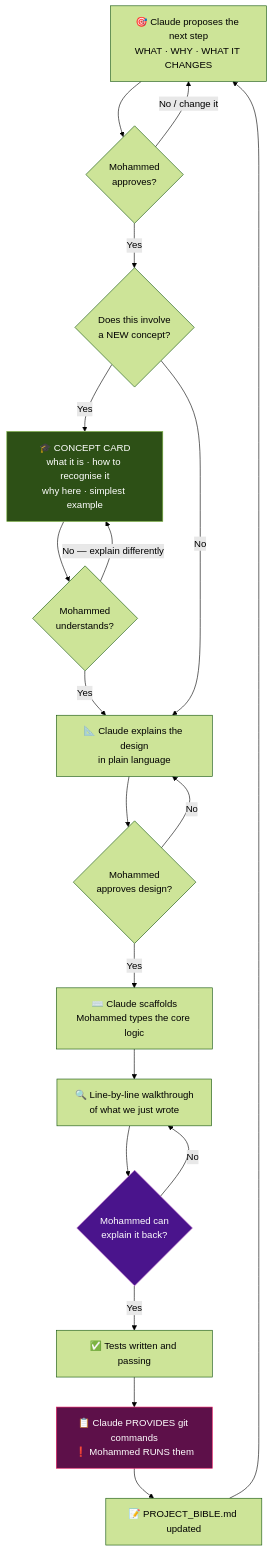
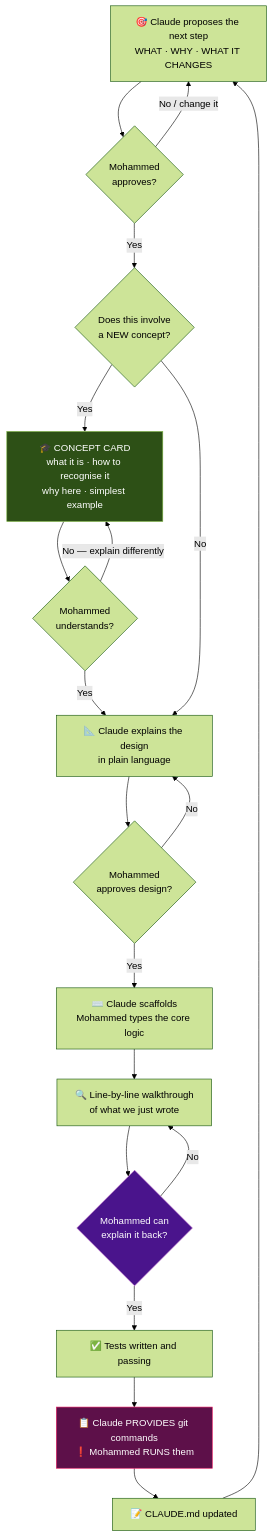
Before and after one commit to Shakarneh/BenchFlow: the first of 13 diagrams in WORKFLOW.md, drawn with Mermaid (forest theme). The commit also changed other lines of this file and 1 other file, not shown here.

Commit message:
Rename project to benchFlow and fix contradictions between the docs

````diff
--- a/WORKFLOW.md
+++ b/WORKFLOW.md
@@ -14,28 +14,28 @@
 ```mermaid
 flowchart TD
     A["🎯 Claude proposes the next step<br/>WHAT · WHY · WHAT IT CHANGES"] --> B{"Mohammed<br/>approves?"}
     B -- "No / change it" --> A
     B -- "Yes" --> C{"Does this involve<br/>a NEW concept?"}
 
     C -- "Yes" --> D["🎓 CONCEPT CARD<br/>what it is · how to recognise it<br/>why here · simplest example"]
     D --> E{"Mohammed<br/>understands?"}
     E -- "No — explain differently" --> D
     E -- "Yes" --> F
 
     C -- "No" --> F["📐 Claude explains the design<br/>in plain language"]
     F --> G{"Mohammed<br/>approves design?"}
     G -- "No" --> F
     G -- "Yes" --> H["⌨️ Claude scaffolds<br/>Mohammed types the core logic"]
 
     H --> I["🔍 Line-by-line walkthrough<br/>of what we just wrote"]
     I --> J{"Mohammed can<br/>explain it back?"}
     J -- "No" --> I
     J -- "Yes" --> K["✅ Tests written and passing"]
     K --> L["📋 Claude PROVIDES git commands<br/>❗ Mohammed RUNS them"]
-    L --> M["📝 PROJECT_BIBLE.md updated"]
+    L --> M["📝 CLAUDE.md updated"]
     M --> A
 
     style D fill:#2d5016,stroke:#7cb342,color:#fff
     style L fill:#5d1049,stroke:#e91e63,color:#fff
     style J fill:#4a148c,stroke:#ba68c8,color:#fff
 ```
````
